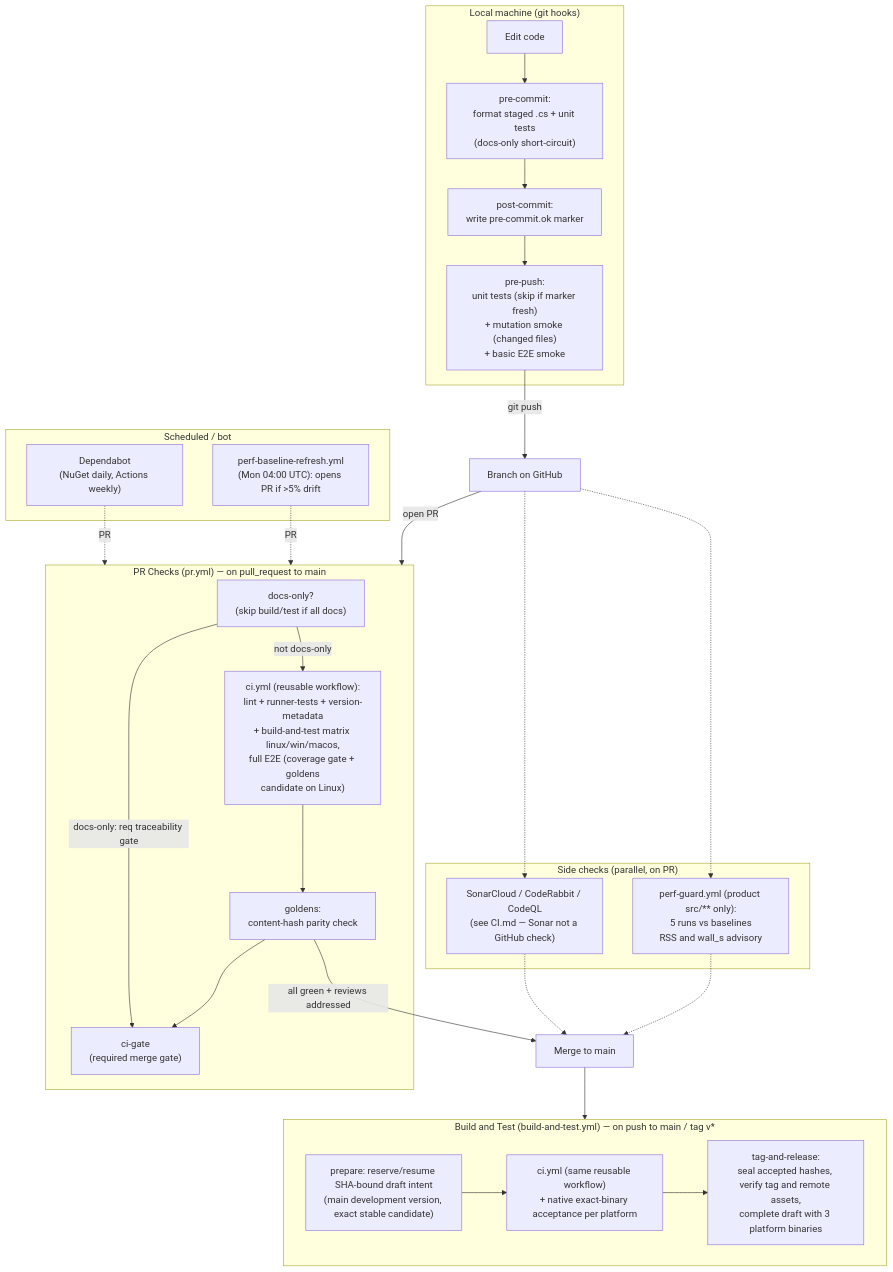
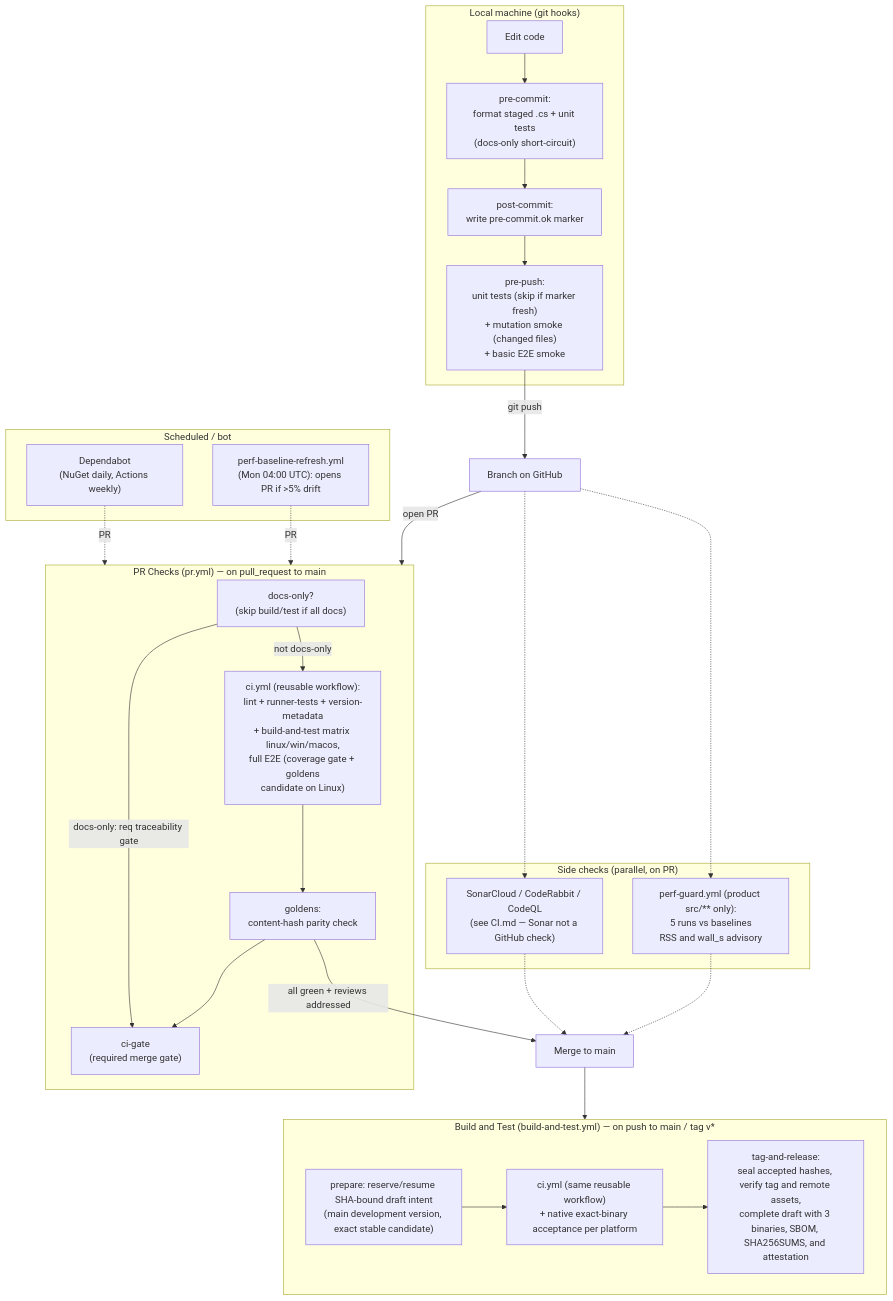
The diagram in docs/cicd.md (dwojtaszek/zipper), drawn with Mermaid before and after one commit. The commit also changed other lines of this file and 6 other files, not shown here.

First line of the commit message:
ci: publish release provenance — SHA-256 manifest, SBOM, and build attestation (#1323)

````diff
--- a/docs/cicd.md
+++ b/docs/cicd.md
@@ -9,49 +9,49 @@
 ```mermaid
 flowchart TD
     subgraph local["Local machine (git hooks)"]
         edit["Edit code"]
         precommit["pre-commit:<br/>format staged .cs + unit tests<br/>(docs-only short-circuit)"]
         postcommit["post-commit:<br/>write pre-commit.ok marker"]
         prepush["pre-push:<br/>unit tests (skip if marker fresh)<br/>+ mutation smoke (changed files)<br/>+ basic E2E smoke"]
         edit --> precommit --> postcommit --> prepush
     end
 
     prepush -->|git push| remote["Branch on GitHub"]
     remote -->|open PR| prpipe
 
     subgraph prpipe["PR Checks (pr.yml) — on pull_request to main"]
         docsonly["docs-only?<br/>(skip build/test if all docs)"]
         shared["ci.yml (reusable workflow):<br/>lint + runner-tests + version-metadata<br/>+ build-and-test matrix linux/win/macos,<br/>full E2E (coverage gate + goldens<br/>candidate on Linux)"]
         gold["goldens:<br/>content-hash parity check"]
         gate["ci-gate<br/>(required merge gate)"]
         docsonly -->|not docs-only| shared --> gold --> gate
         docsonly -->|docs-only: req traceability gate| gate
     end
 
     subgraph side["Side checks (parallel, on PR)"]
         perf["perf-guard.yml (product src/** only):<br/>5 runs vs baselines<br/>RSS and wall_s advisory"]
         sonar["SonarCloud / CodeRabbit / CodeQL<br/>(see CI.md — Sonar not a GitHub check)"]
     end
     remote -.-> perf
     remote -.-> sonar
 
     gold -->|all green + reviews addressed| merge["Merge to main"]
     perf -.-> merge
     sonar -.-> merge
 
     merge --> btmain
 
     subgraph btmain["Build and Test (build-and-test.yml) — on push to main / tag v*"]
         prep["prepare: reserve/resume SHA-bound draft intent<br/>(main development version, exact stable candidate)"]
         sharedmain["ci.yml (same reusable workflow)<br/>+ native exact-binary acceptance per platform"]
-        rel["tag-and-release:<br/>seal accepted hashes, verify tag and remote assets,<br/>complete draft with 3 platform binaries"]
+        rel["tag-and-release:<br/>seal accepted hashes, verify tag and remote assets,<br/>complete draft with 3 binaries, SBOM, SHA256SUMS, and attestation"]
         prep --> sharedmain --> rel
     end
 
     subgraph sched["Scheduled / bot"]
         baseline["perf-baseline-refresh.yml<br/>(Mon 04:00 UTC): opens PR if >5% drift"]
         dependabot["Dependabot<br/>(NuGet daily, Actions weekly)"]
     end
     baseline -.->|PR| prpipe
     dependabot -.->|PR| prpipe
 ```
````
